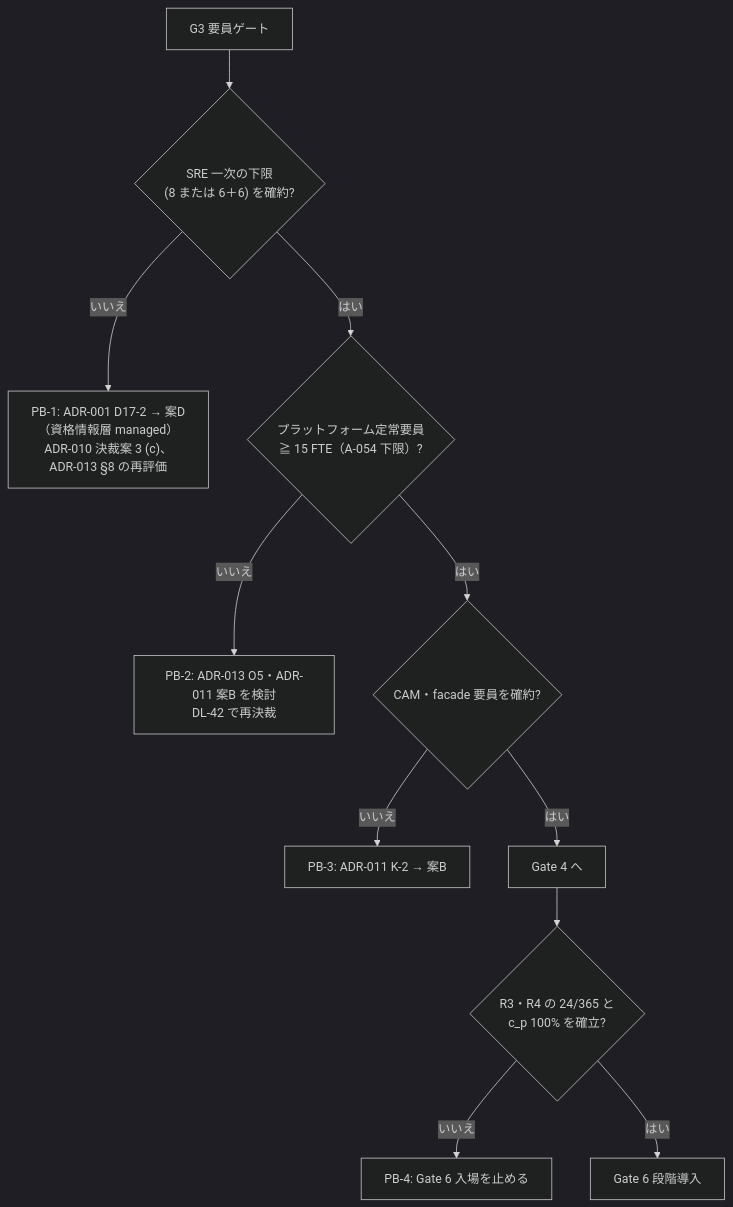
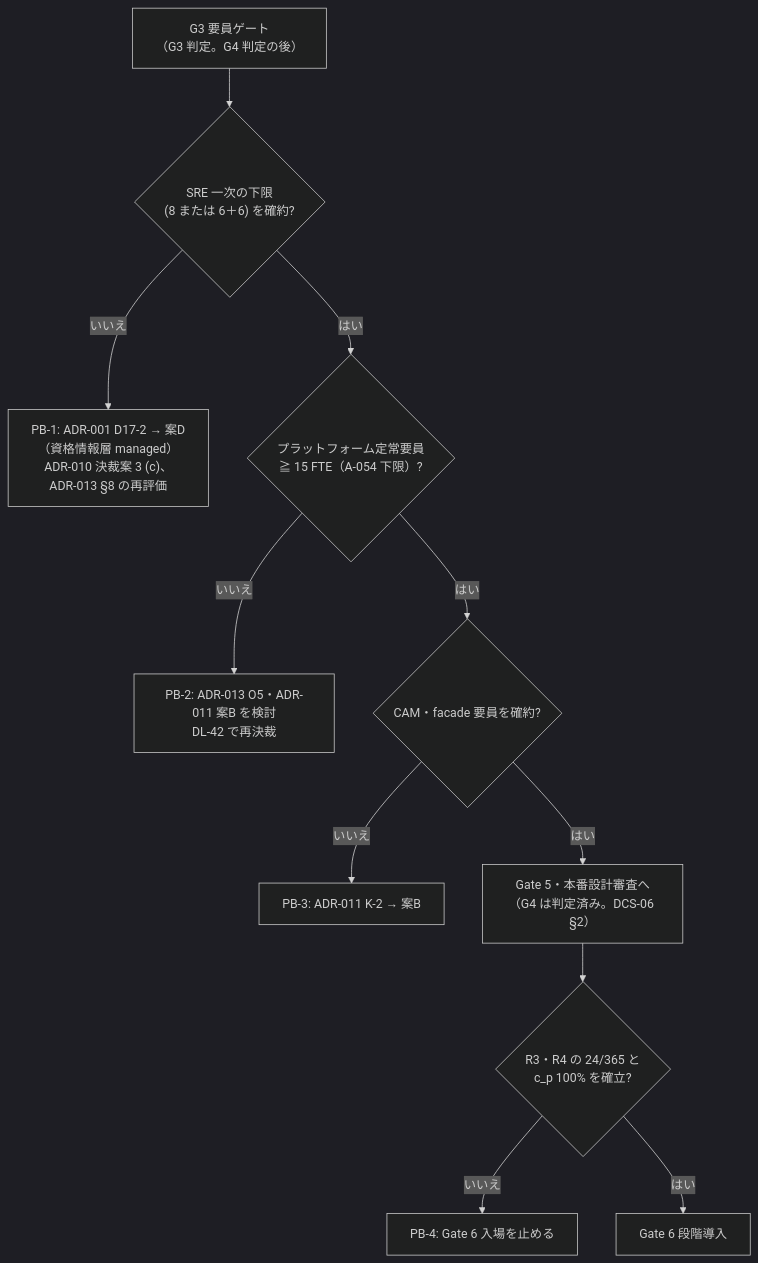
One commit to Takenori-Kusaka/auth-stack changed the sixth of 6 diagrams in 08_operations/operating-model.md. Above: the diagram before and after it, drawn with Mermaid (dark theme). The commit also changed other lines of this file and 42 other files, not shown here.

````diff
--- a/08_operations/operating-model.md
+++ b/08_operations/operating-model.md
@@ -646,13 +654,13 @@
 ```mermaid
 flowchart TB
-  START["G3 要員ゲート"] --> Q1{"SRE 一次の下限<br/>(8 または 6＋6) を確約?"}
+  START["G3 要員ゲート<br/>（G3 判定。G4 判定の後）"] --> Q1{"SRE 一次の下限<br/>(8 または 6＋6) を確約?"}
   Q1 -->|"いいえ"| PB1["PB-1: ADR-001 D17-2 → 案D（資格情報層 managed）<br/>ADR-010 決裁案 3 (c)、ADR-013 §8 の再評価"]
   Q1 -->|"はい"| Q2{"プラットフォーム定常要員<br/>≧ 15 FTE（A-054 下限）?"}
   Q2 -->|"いいえ"| PB2["PB-2: ADR-013 O5・ADR-011 案B を検討<br/>DL-42 で再決裁"]
   Q2 -->|"はい"| Q3{"CAM・facade 要員を確約?"}
   Q3 -->|"いいえ"| PB3["PB-3: ADR-011 K-2 → 案B"]
-  Q3 -->|"はい"| G4["Gate 4 へ"]
-  G4 --> Q4{"R3・R4 の 24/365 と<br/>c_p 100% を確立?"}
+  Q3 -->|"はい"| G5["Gate 5・本番設計審査へ<br/>（G4 は判定済み。DCS-06 §2）"]
+  G5 --> Q4{"R3・R4 の 24/365 と<br/>c_p 100% を確立?"}
   Q4 -->|"いいえ"| PB4["PB-4: Gate 6 入場を止める"]
   Q4 -->|"はい"| G6["Gate 6 段階導入"]
 ```
````
